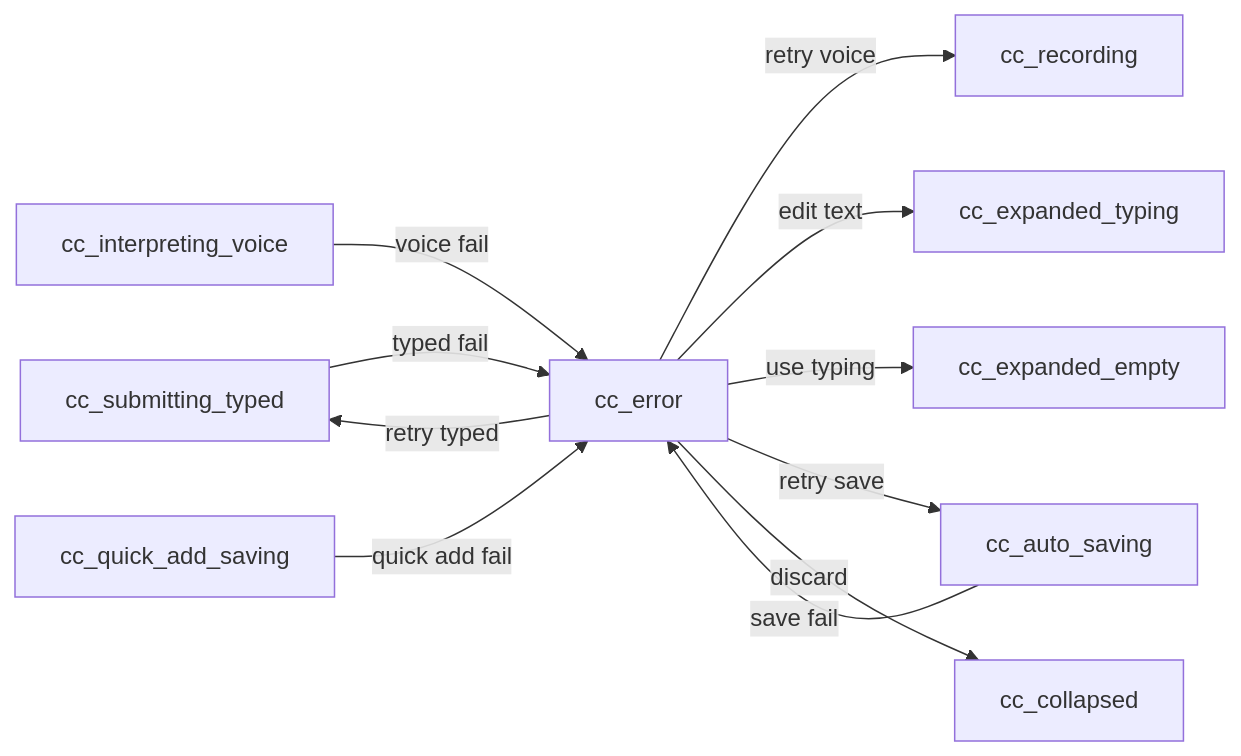
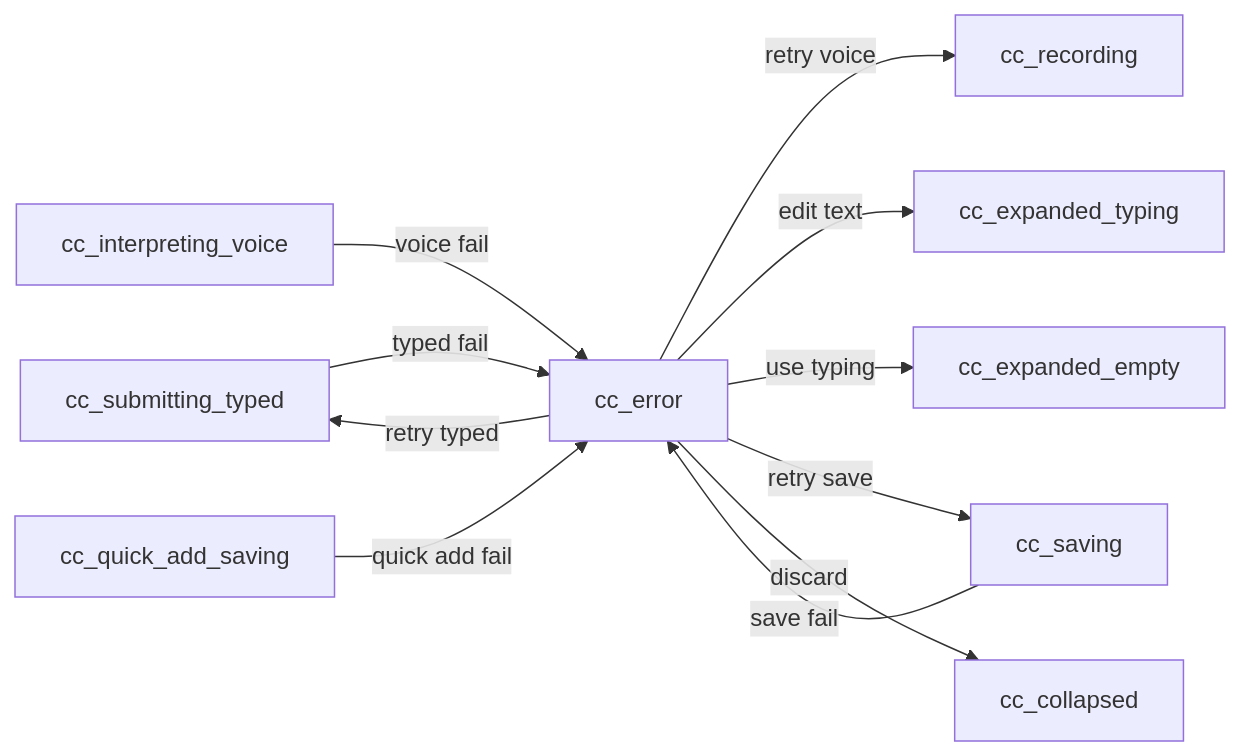
One commit to samarthum/voicefit-mobile changed the fourth of 4 diagrams in prototypes/interaction-specs/command-center-interaction-spec.md. Above: the diagram before and after it, drawn with Mermaid. The commit also changed other lines of this file and 6 other files, not shown here.

````diff
--- a/prototypes/interaction-specs/command-center-interaction-spec.md
+++ b/prototypes/interaction-specs/command-center-interaction-spec.md
@@ -241,13 +256,13 @@
 ```mermaid
 flowchart LR
   D[cc_submitting_typed] -->|typed fail| Z[cc_error]
   G[cc_interpreting_voice] -->|voice fail| Z
-  E[cc_auto_saving] -->|save fail| Z
+  E[cc_saving] -->|save fail| Z
   H[cc_quick_add_saving] -->|quick add fail| Z
   Z -->|retry typed| D
   Z -->|retry voice| B[cc_recording]
   Z -->|edit text| C[cc_expanded_typing]
   Z -->|use typing| X[cc_expanded_empty]
   Z -->|retry save| E
   Z -->|discard| A[cc_collapsed]
 ```
````
